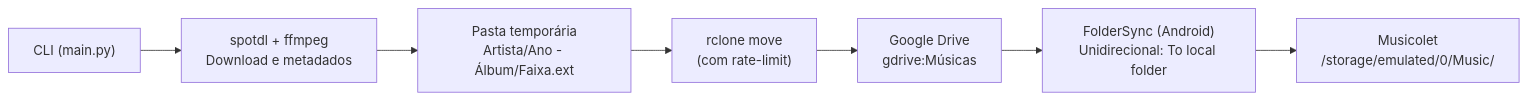
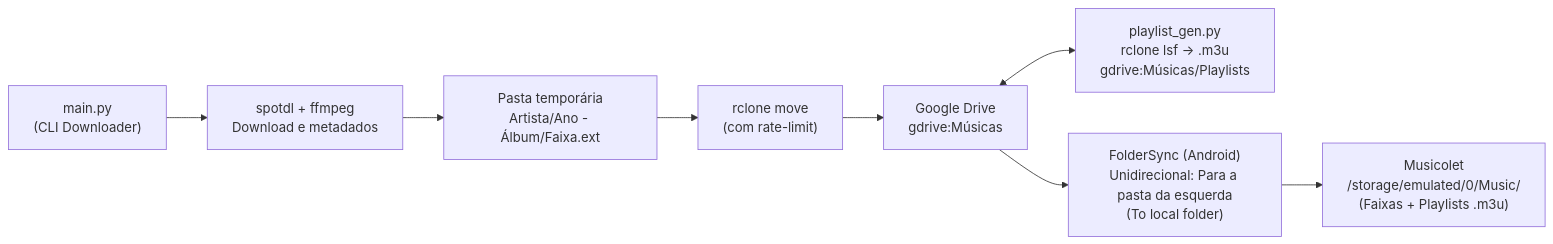
One commit to Igor182/music-fetcher changed the diagram in README.md. Above: the diagram before and after it, drawn with Mermaid. The commit also changed other lines of this file and 3 other files, not shown here.

Commit message:
Add automatic M3U playlist generator (playlist_gen.py) and update docs

````diff
--- a/README.md
+++ b/README.md
@@ -9,9 +9,10 @@
 ```mermaid
 flowchart LR
-    A["CLI (main.py)"] --> B["spotdl + ffmpeg\nDownload e metadados"]
+    A["main.py\n(CLI Downloader)"] --> B["spotdl + ffmpeg\nDownload e metadados"]
     B --> C["Pasta temporária\nArtista/Ano - Álbum/Faixa.ext"]
     C --> D["rclone move\n(com rate-limit)"]
     D --> E["Google Drive\ngdrive:Músicas"]
-    E --> F["FolderSync (Android)\nUnidirecional: To local folder"]
-    F --> G["Musicolet\n/storage/emulated/0/Music/"]
+    E <--> P["playlist_gen.py\nrclone lsf -> .m3u\ngdrive:Músicas/Playlists"]
+    E --> F["FolderSync (Android)\nUnidirecional: Para a pasta da esquerda\n(To local folder)"]
+    F --> G["Musicolet\n/storage/emulated/0/Music/\n(Faixas + Playlists .m3u)"]
 ```
````
